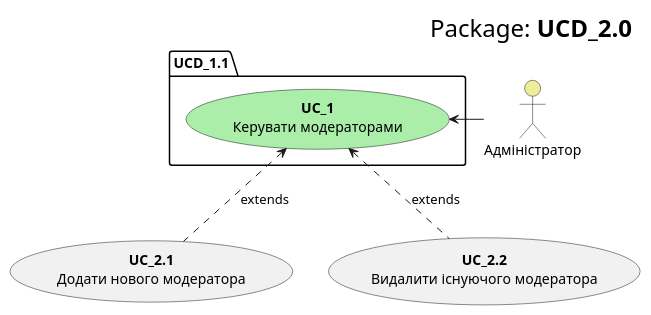
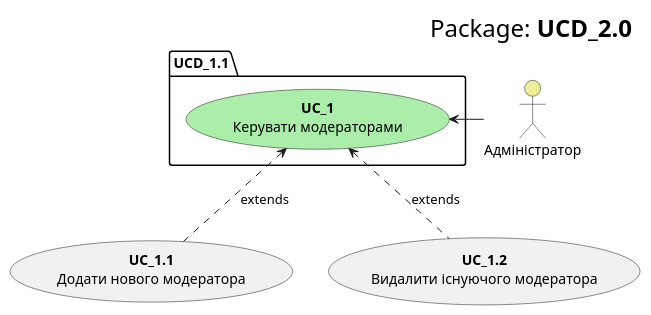
The diagram in src/uml/usecase20.puml (KarmazinN/db_open_data), drawn with PlantUML before and after one commit.

```diff
--- a/src/uml/usecase20.puml
+++ b/src/uml/usecase20.puml
@@ -1,19 +1,19 @@
 @startuml
     right header
         <font size=24 color=black>Package:<b> UCD_2.0
     end header
 
     package UCD_1.1 {
         usecase "<b>UC_1</b>\nКерувати модераторами" as UC_1 #aaeeaa
     }
     
     actor "Адміністратор" as Admin #eeee99
     Admin -l-> UC_1
     
-    usecase "<b>UC_2.1</b>\nДодати нового модератора" as UC_1.1
-    usecase "<b>UC_2.2</b>\nВидалити існуючого модератора" as UC_1.2
+    usecase "<b>UC_1.1</b>\nДодати нового модератора" as UC_1.1
+    usecase "<b>UC_1.2</b>\nВидалити існуючого модератора" as UC_1.2
     
     UC_1.1 .u.> UC_1: extends
     UC_1.2 .u.> UC_1: extends
     
 @enduml
```
